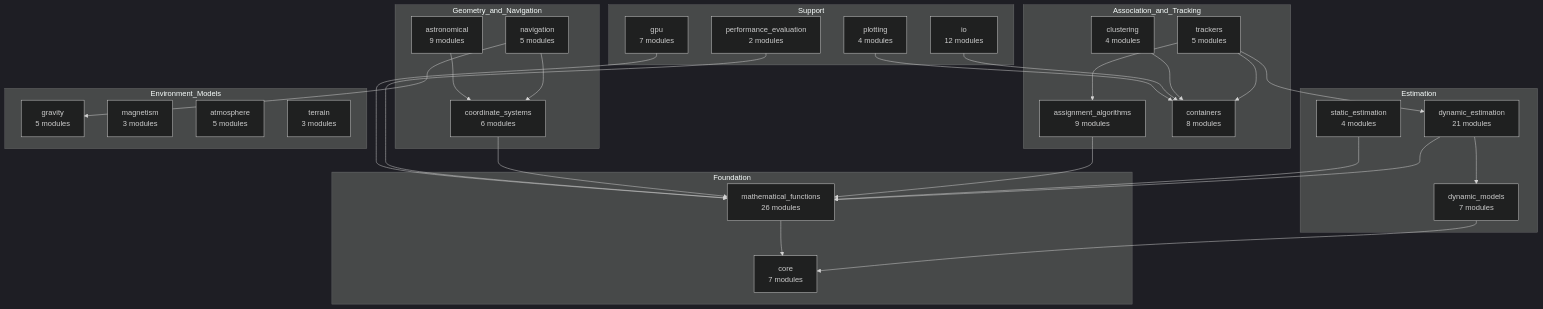
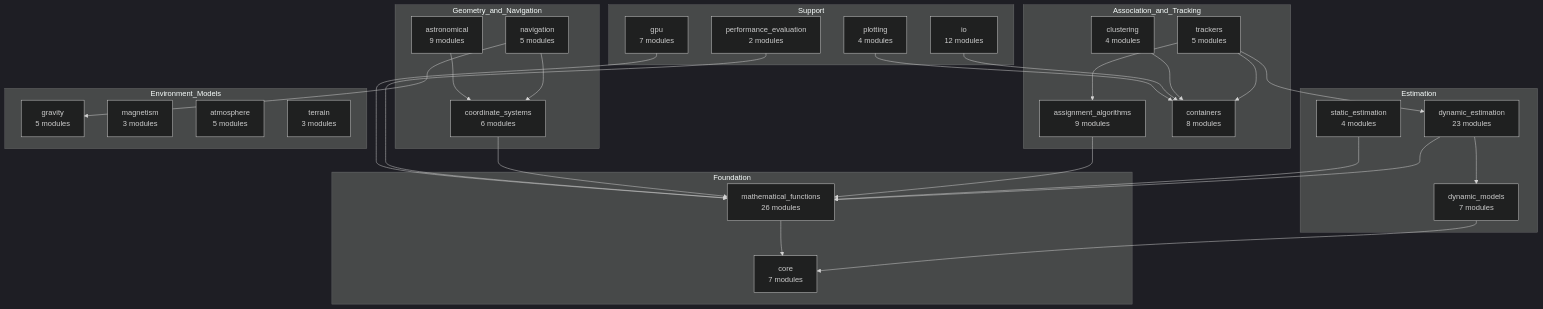
The first of 4 diagrams in docs/architecture.rst (nedonatelli/TCL), drawn with Mermaid (dark theme) before and after one commit. The commit also changed other lines of this file and 50 other files, not shown here.

```diff
--- a/docs/architecture.rst
+++ b/docs/architecture.rst
@@ -26,59 +26,59 @@
 .. mermaid::
 
    graph TD
        subgraph Estimation
-           DE["dynamic_estimation<br/>21 modules"]
+           DE["dynamic_estimation<br/>23 modules"]
            DM["dynamic_models<br/>7 modules"]
            SE["static_estimation<br/>4 modules"]
        end
 
        subgraph Association_and_Tracking
            AA["assignment_algorithms<br/>9 modules"]
            TR["trackers<br/>5 modules"]
            CL["clustering<br/>4 modules"]
            CO["containers<br/>8 modules"]
        end
 
        subgraph Geometry_and_Navigation
            CS["coordinate_systems<br/>6 modules"]
            NA["navigation<br/>5 modules"]
            AS["astronomical<br/>9 modules"]
        end
 
        subgraph Environment_Models
            GR["gravity<br/>5 modules"]
            MA["magnetism<br/>3 modules"]
            AT["atmosphere<br/>5 modules"]
            TE["terrain<br/>3 modules"]
        end
 
        subgraph Foundation
            MF["mathematical_functions<br/>26 modules"]
            CR["core<br/>7 modules"]
        end
 
        subgraph Support
            IO["io<br/>12 modules"]
            GP["gpu<br/>7 modules"]
            PL["plotting<br/>4 modules"]
            PE["performance_evaluation<br/>2 modules"]
        end
 
        TR --> DE
        TR --> AA
        TR --> CO
        DE --> DM
        DE --> MF
        AA --> MF
        CL --> CO
        NA --> CS
        NA --> GR
        AS --> CS
        SE --> MF
        CS --> MF
        PE --> MF
        IO --> CO
        GP --> MF
        PL --> CO
        DM --> CR
        MF --> CR
```
